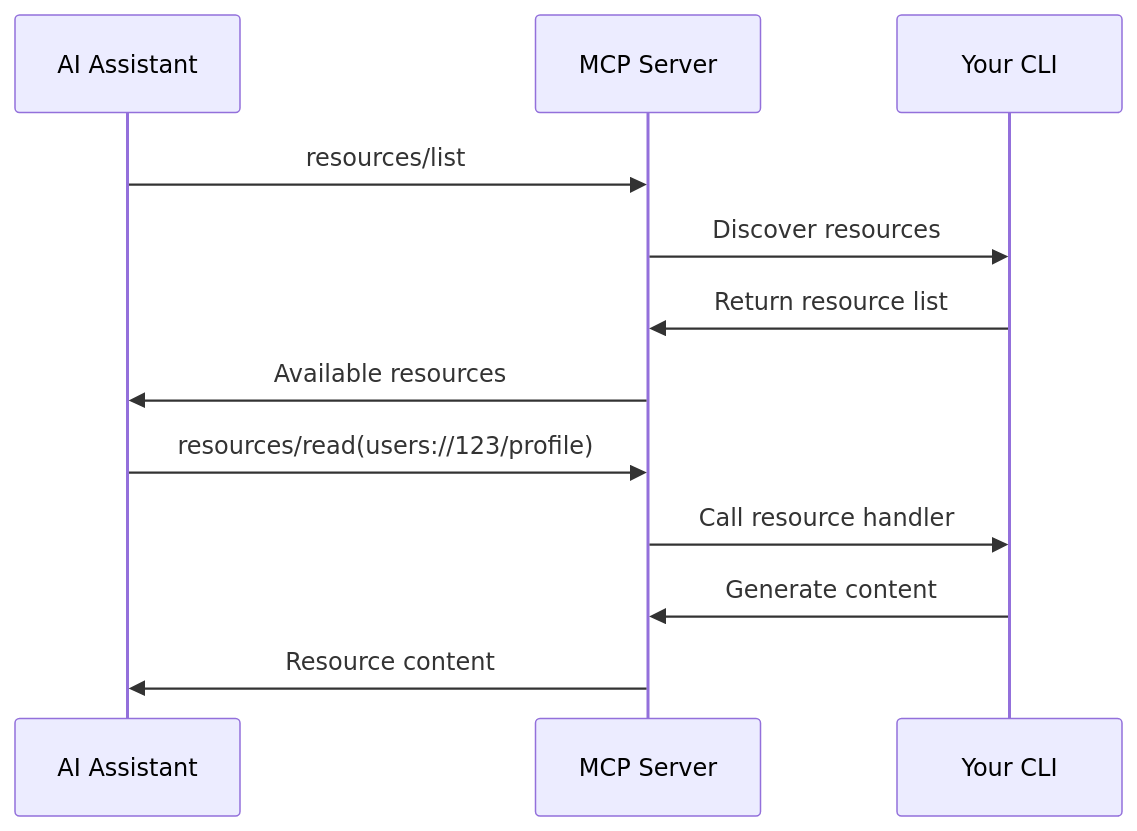
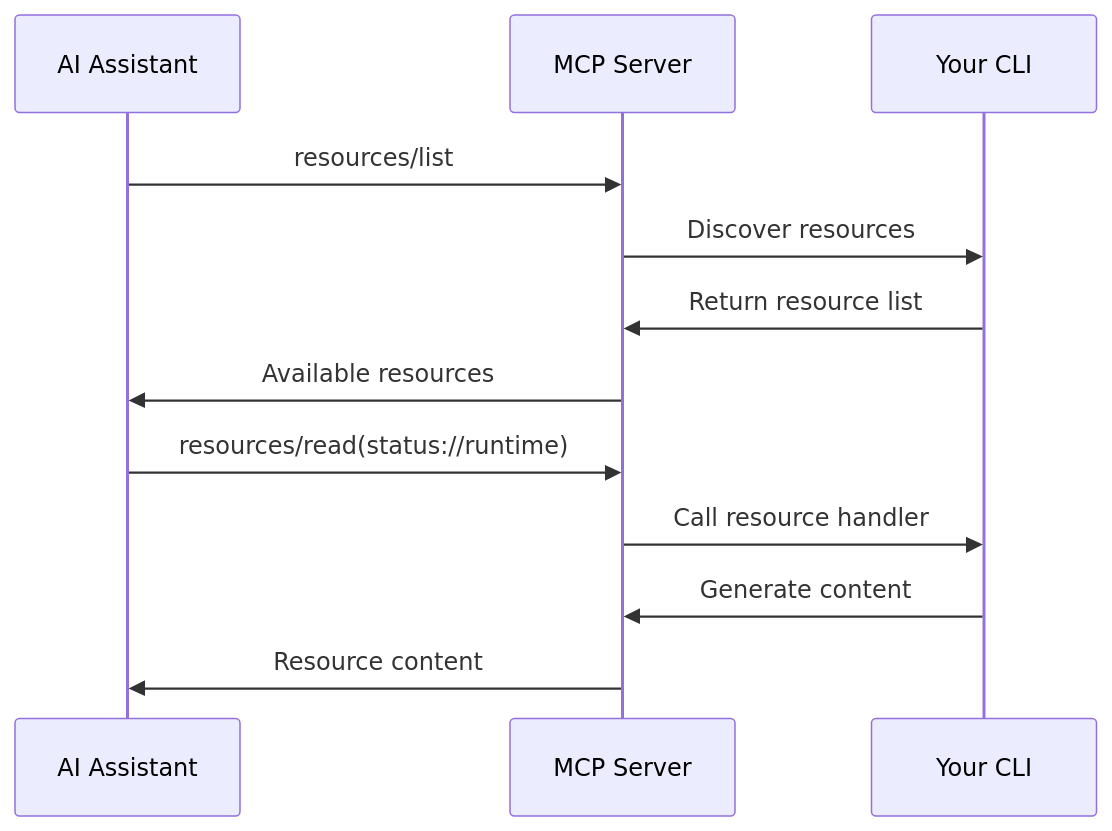
One commit to npjonath/plugin-oclif-mcp-server changed the second of 2 diagrams in README.md. Above: the diagram before and after it, drawn with Mermaid. The commit also changed other lines of this file and 1 other file, not shown here.

Commit message:
feat: enhance MCP resource management with dynamic templates and subscriptions

````diff
--- a/README.md
+++ b/README.md
@@ -651,16 +809,16 @@
 ```mermaid
 sequenceDiagram
     participant AI as AI Assistant
     participant MCP as MCP Server
     participant CLI as Your CLI
 
     AI->>MCP: resources/list
     MCP->>CLI: Discover resources
     CLI->>MCP: Return resource list
     MCP->>AI: Available resources
 
-    AI->>MCP: resources/read(users://123/profile)
+    AI->>MCP: resources/read(status://runtime)
     MCP->>CLI: Call resource handler
     CLI->>MCP: Generate content
     MCP->>AI: Resource content
 ```
````
